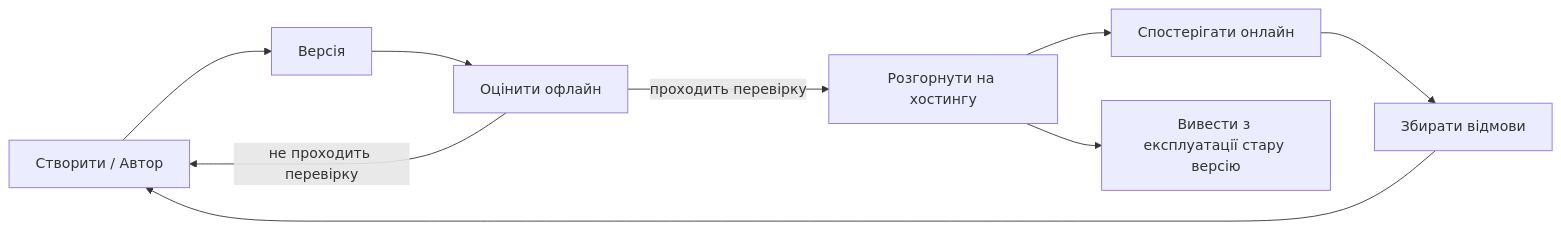
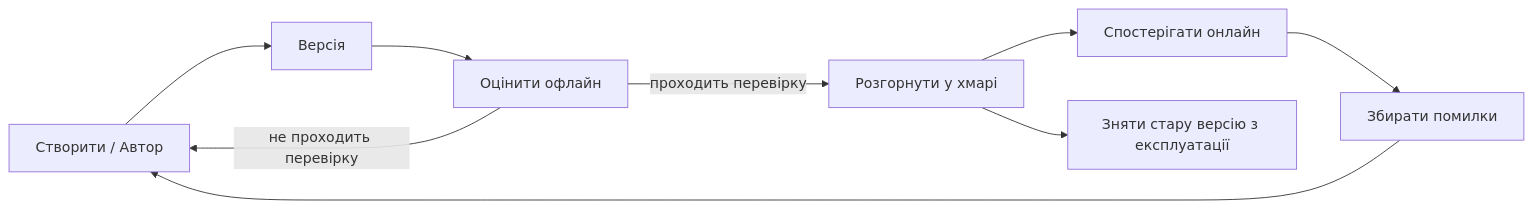
Before and after one commit to microsoft/ai-agents-for-beginners: the second of 4 diagrams in translations/uk/16-deploying-scalable-agents/README.md, drawn with Mermaid. The commit also changed other lines of this file and 45 other files, not shown here.

````diff
--- a/translations/uk/16-deploying-scalable-agents/README.md
+++ b/translations/uk/16-deploying-scalable-agents/README.md
@@ -108,11 +108,11 @@
 ```mermaid
 flowchart LR
     Create[Створити / Автор] --> Version[Версія]
     Version --> Evaluate[Оцінити офлайн]
-    Evaluate -->|проходить перевірку| Deploy[Розгорнути на хостингу]
+    Evaluate -->|проходить перевірку| Deploy[Розгорнути у хмарі]
     Evaluate -->|не проходить перевірку| Create
     Deploy --> Observe[Спостерігати онлайн]
-    Observe --> Improve[Збирати відмови]
+    Observe --> Improve[Збирати помилки]
     Improve --> Create
-    Deploy --> Retire[Вивести з експлуатації стару версію]
+    Deploy --> Retire[Зняти стару версію з експлуатації]
 ```
````
